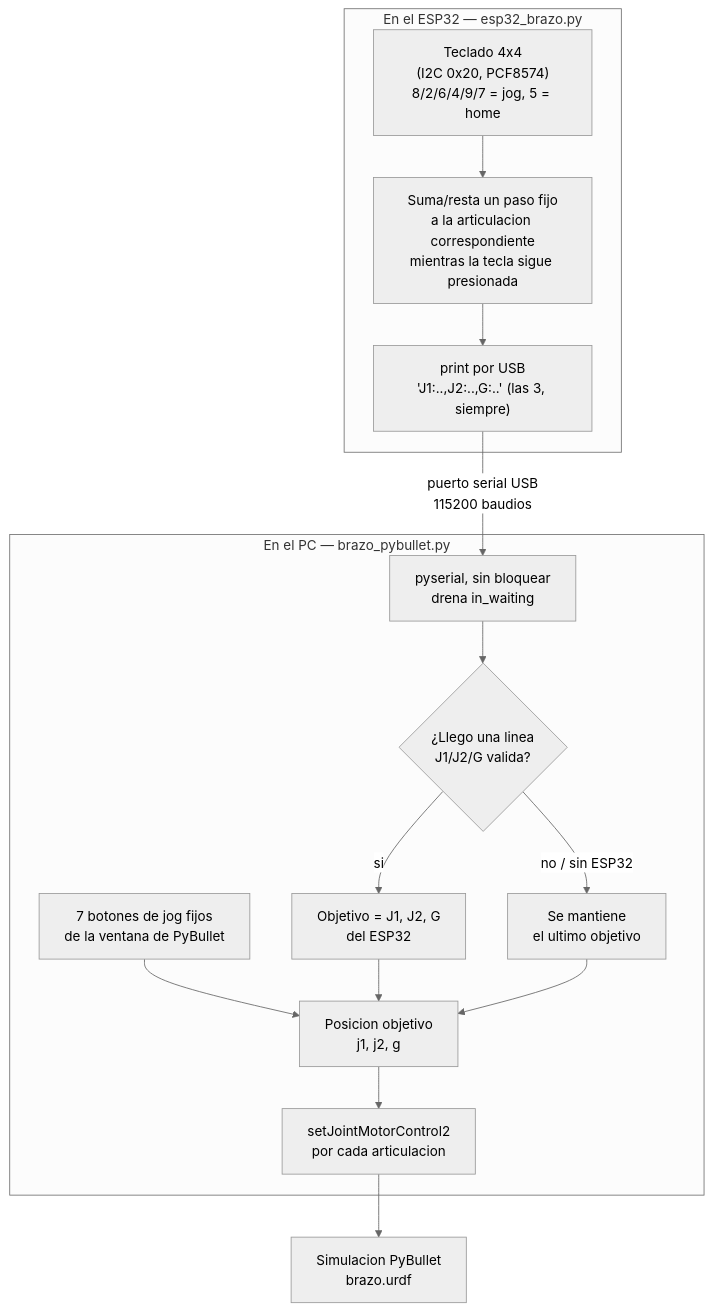
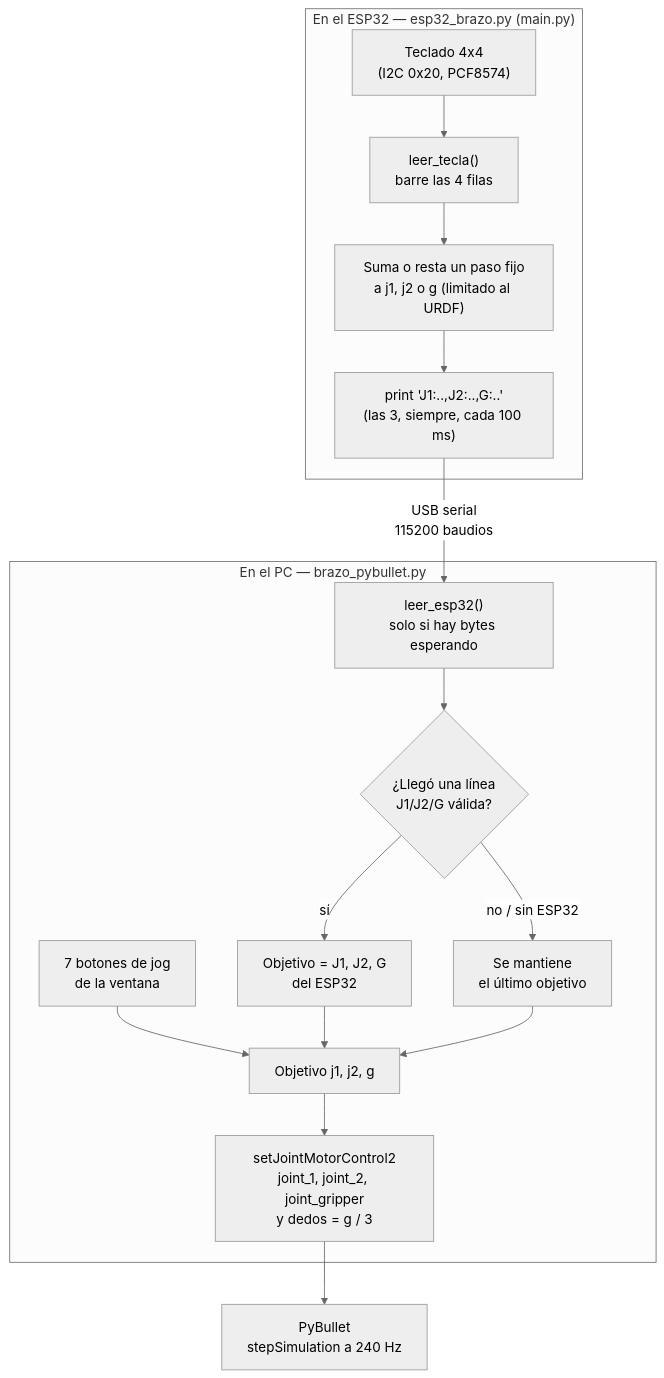
The second of 3 diagrams in 7-brazo-robotico-urdf/README.md (Dathinel/Sensores-Teoria), drawn with Mermaid (neutral theme) before and after one commit. The commit also changed other lines of this file and 154 other files, not shown here.

````diff
--- a/7-brazo-robotico-urdf/README.md
+++ b/7-brazo-robotico-urdf/README.md
@@ -34,21 +112,22 @@
 ```mermaid
 flowchart TD
-    subgraph ESP["En el ESP32 — esp32_brazo.py"]
-        Teclado["Teclado 4x4<br/>(I2C 0x20, PCF8574)<br/>8/2/6/4/9/7 = jog, 5 = home"] --> Actualiza["Suma/resta un paso fijo<br/>a la articulacion correspondiente<br/>mientras la tecla sigue presionada"]
-        Actualiza --> Envia["print por USB<br/>'J1:..,J2:..,G:..' (las 3, siempre)"]
+    subgraph ESP["En el ESP32 — esp32_brazo.py (main.py)"]
+        Teclado["Teclado 4x4<br/>(I2C 0x20, PCF8574)"] --> Barre["leer_tecla()<br/>barre las 4 filas"]
+        Barre --> Actualiza["Suma o resta un paso fijo<br/>a j1, j2 o g (limitado al URDF)"]
+        Actualiza --> Envia["print 'J1:..,J2:..,G:..'<br/>(las 3, siempre, cada 100 ms)"]
     end
 
-    Envia -->|"puerto serial USB<br/>115200 baudios"| Recibe
+    Envia -->|"USB serial<br/>115200 baudios"| Recibe
 
     subgraph PC["En el PC — brazo_pybullet.py"]
-        Recibe["pyserial, sin bloquear<br/>drena in_waiting"] --> Valido{"¿Llego una linea<br/>J1/J2/G valida?"}
-        Valido -->|"si"| UsaESP["Objetivo = J1, J2, G<br/>del ESP32"]
-        Valido -->|"no / sin ESP32"| Mantiene["Se mantiene<br/>el ultimo objetivo"]
-        UsaBotones["7 botones de jog fijos<br/>de la ventana de PyBullet"] --> Objetivo
-        UsaESP --> Objetivo["Posicion objetivo<br/>j1, j2, g"]
+        Recibe["leer_esp32()<br/>solo si hay bytes esperando"] --> Valido{"¿Llegó una línea<br/>J1/J2/G válida?"}
+        Valido -->|"sí"| UsaESP["Objetivo = J1, J2, G<br/>del ESP32"]
+        Valido -->|"no / sin ESP32"| Mantiene["Se mantiene<br/>el último objetivo"]
+        Botones["7 botones de jog<br/>de la ventana"] --> Objetivo
+        UsaESP --> Objetivo["Objetivo j1, j2, g"]
         Mantiene --> Objetivo
-        Objetivo --> Mueve["setJointMotorControl2<br/>por cada articulacion"]
+        Objetivo --> Mueve["setJointMotorControl2<br/>joint_1, joint_2, joint_gripper<br/>y dedos = g / 3"]
     end
 
-    Mueve --> Sim["Simulacion PyBullet<br/>brazo.urdf"]
+    Mueve --> Sim["PyBullet<br/>stepSimulation a 240 Hz"]
 ```
````
